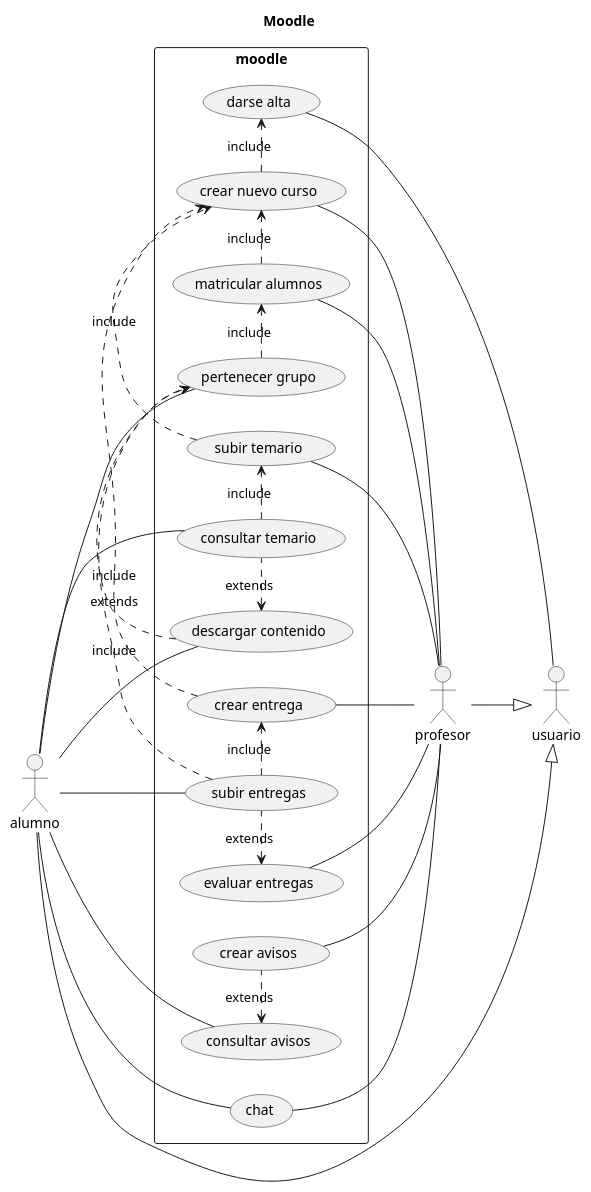
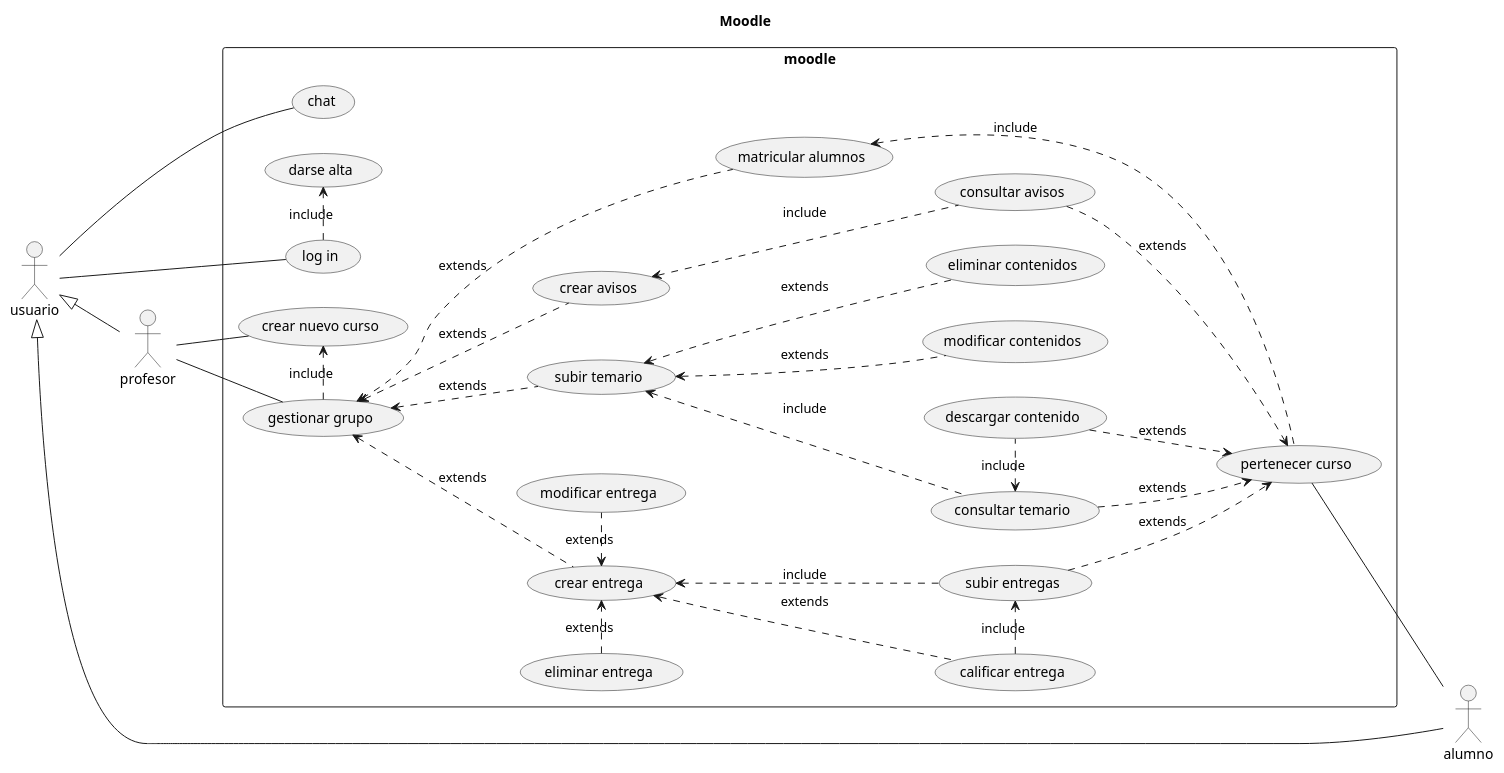
One commit to eliadotor/PCV06-10 changed the diagram in usecase/ejercicio2.puml. Above: the diagram before and after it, drawn with PlantUML.

Commit message:
Caso de uso aula virtual

```diff
--- a/usecase/ejercicio2.puml
+++ b/usecase/ejercicio2.puml
@@ -1,40 +1,41 @@
 @startuml
 title Moodle
 left to right direction
 skinparam packageStyle rectangle
 actor usuario
 actor profesor
 actor alumno
 
 rectangle moodle{
-	usuario -- (darse alta)
-	alumno --|> usuario
-	profesor --|> usuario
-	(crear nuevo curso) -- profesor
-	(crear nuevo curso) .> (darse alta) : include
-	(pertenecer grupo) .> (matricular alumnos) : include
-	alumno -- (pertenecer grupo)
-	(descargar contenido) .> (pertenecer grupo) : extends
-	(subir entregas) .> (pertenecer grupo) : include
-	(matricular alumnos) -- profesor
-	(matricular alumnos) .> (crear nuevo curso) : include
-	(subir temario) -- profesor
-	(crear entrega) -- profesor
-	(subir temario) .> (crear nuevo curso) : include
-	(crear entrega) .> (crear nuevo curso) : include
-	alumno - (consultar temario)
-	(consultar temario) .> (subir temario) : include
-	(descargar contenido) <. (consultar temario) : extends
-	alumno - (descargar contenido)
-	alumno -- (subir entregas)
-	(subir entregas) .> (crear entrega) : include
-	(evaluar entregas) -- profesor
-	(evaluar entregas) <. (subir entregas) : extends
-	(crear avisos) -- profesor
-	alumno -- (consultar avisos)
-	(consultar avisos) <. (crear avisos) : extends
-	alumno -- (chat)
-	(chat) -- profesor
+(log in) .> (darse alta) : include
+usuario --- (log in)
+usuario <|-- alumno
+usuario <|-- profesor
+profesor -- (gestionar grupo)
+profesor -- (crear nuevo curso)
+(gestionar grupo) .> (crear nuevo curso) : include
+(gestionar grupo) <.. (subir temario) : extends
+(gestionar grupo) <.. (crear entrega) :extends
+(subir temario) <.. (modificar contenidos) : extends
+(subir temario) <.. (eliminar contenidos) : extends
+(crear entrega) <. (modificar entrega) : extends
+(eliminar entrega) .> (crear entrega) : extends
+(crear entrega) <.. (calificar entrega) : extends
+(gestionar grupo) <.. (crear avisos): extends
+(gestionar grupo) <.. (matricular alumnos) : extends
+
+(pertenecer curso) -- alumno
+(matricular alumnos) <.. (pertenecer curso) : include
+(consultar temario) ..> (pertenecer curso) : extends
+(subir temario) <.. (consultar temario) : include
+(consultar temario) <. (descargar contenido) : include
+(descargar contenido) ..> (pertenecer curso) : extends
+(subir entregas) ..> (pertenecer curso) : extends
+(crear entrega) <.. (subir entregas) : include
+(calificar entrega) .> (subir entregas) : include
+(consultar avisos) ..> (pertenecer curso) : extends
+(crear avisos) <.. (consultar avisos) : include
+usuario -- (chat)
 }
 
 @enduml
```
